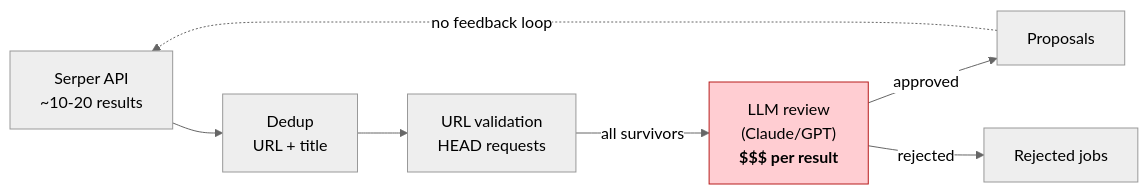
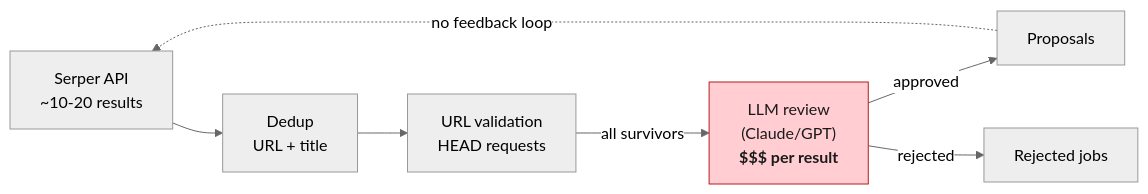
The second of 10 diagrams in README.md (hubenschmidt/pina-colada), drawn with Mermaid (neutral theme) before and after one commit. The commit also changed other lines of this file, not shown here.

Commit message:
update mermaid graph

````diff
--- a/README.md
+++ b/README.md
@@ -175,12 +175,12 @@
 ```mermaid
 flowchart LR
     SERPER["Serper API<br/>~10-20 results"] --> DEDUP["Dedup<br/>URL + title"]
     DEDUP --> URLS["URL validation<br/>HEAD requests"]
     URLS -->|"all survivors"| LLM["LLM review<br/>(Claude/GPT)<br/><b>$$$ per result</b>"]
     LLM -->|approved| PROP["Proposals"]
     LLM -->|rejected| REJ["Rejected jobs"]
 
     PROP -.->|"no feedback loop"| SERPER
 
-    style LLM fill:#ffcdd2,stroke:#b71c1c
+    style LLM fill:#ffcdd2,stroke:#b71c1c,color:#1a1a1a
 ```
````
